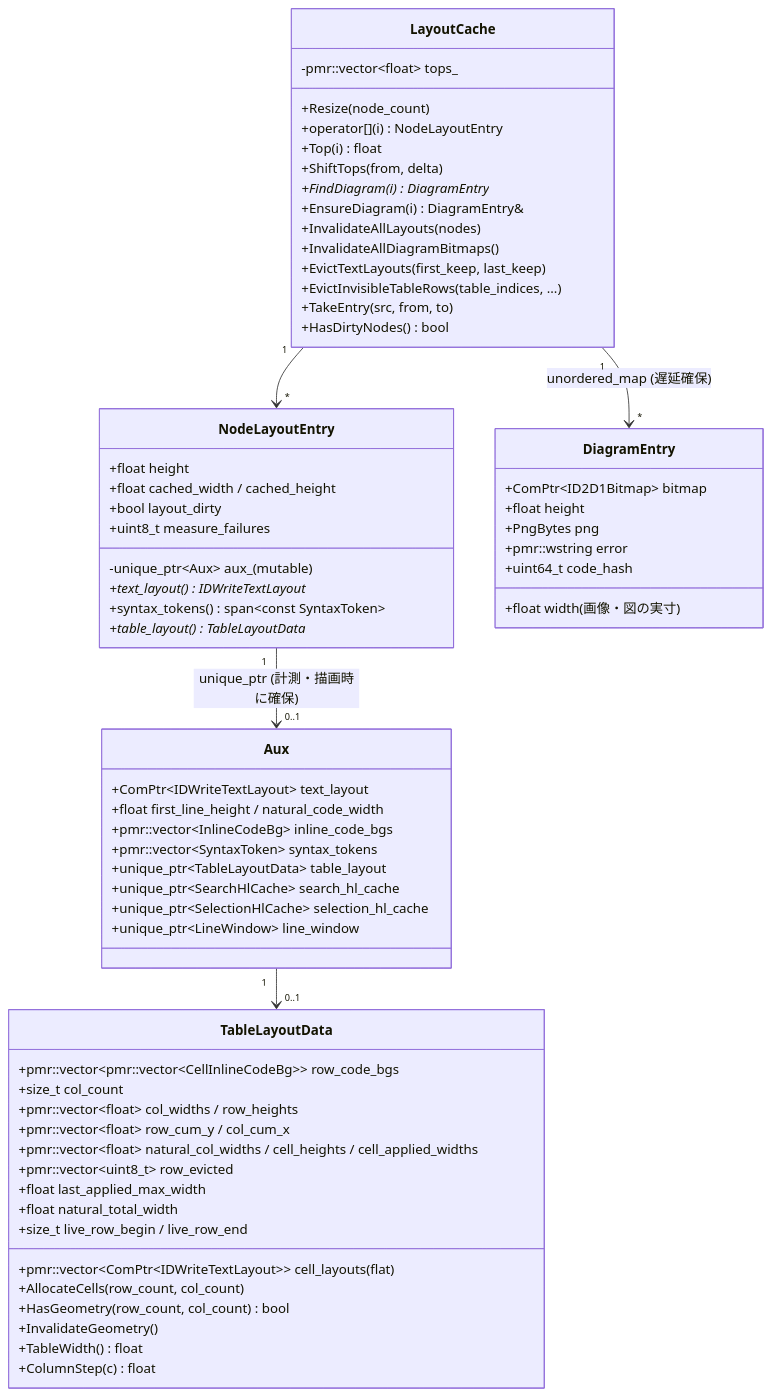
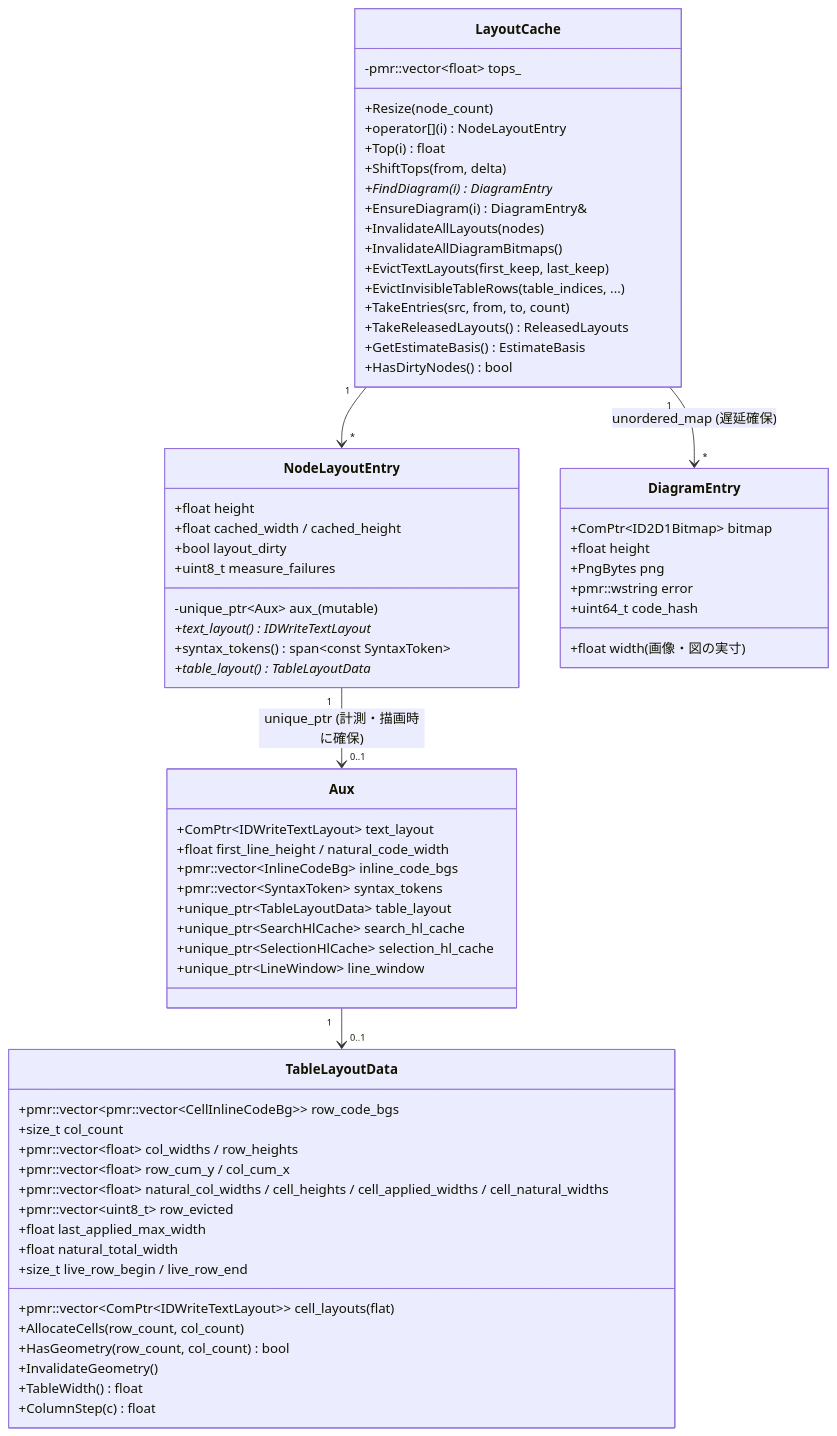
One commit to tanaton/mendo changed diagram 16 of 27 in example/test.md. Above: the diagram before and after it, drawn with Mermaid. The commit also changed other lines of this file and 44 other files, not shown here.

First line of the commit message:
時間で区切る仕事を空き時間で進め、図・表・レイアウト解放の無駄を減らす性能改善

````diff
--- a/example/test.md
+++ b/example/test.md
@@ -2937,72 +2936,74 @@
 ```mermaid
 classDiagram
     class LayoutCache {
         +Resize(node_count)
         +operator[](i) NodeLayoutEntry
         +Top(i) float
         +ShiftTops(from, delta)
         +FindDiagram(i) DiagramEntry*
         +EnsureDiagram(i) DiagramEntry&
         +InvalidateAllLayouts(nodes)
         +InvalidateAllDiagramBitmaps()
         +EvictTextLayouts(first_keep, last_keep)
         +EvictInvisibleTableRows(table_indices, ...)
-        +TakeEntry(src, from, to)
+        +TakeEntries(src, from, to, count)
+        +TakeReleasedLayouts() ReleasedLayouts
+        +GetEstimateBasis() EstimateBasis
         +HasDirtyNodes() bool
         -pmr::vector~float~ tops_
     }
 
     class NodeLayoutEntry {
         +float height
         +float cached_width / cached_height
         +bool layout_dirty
         +uint8_t measure_failures
         -unique_ptr~Aux~ aux_ (mutable)
         +text_layout() IDWriteTextLayout*
         +syntax_tokens() span~const SyntaxToken~
         +table_layout() TableLayoutData*
     }
 
     class Aux {
         +ComPtr~IDWriteTextLayout~ text_layout
         +float first_line_height / natural_code_width
         +pmr::vector~InlineCodeBg~ inline_code_bgs
         +pmr::vector~SyntaxToken~ syntax_tokens
         +unique_ptr~TableLayoutData~ table_layout
         +unique_ptr~SearchHlCache~ search_hl_cache
         +unique_ptr~SelectionHlCache~ selection_hl_cache
         +unique_ptr~LineWindow~ line_window
     }
 
     class TableLayoutData {
         +pmr::vector~ComPtr~IDWriteTextLayout~~ cell_layouts (flat)
         +pmr::vector~pmr::vector~CellInlineCodeBg~~ row_code_bgs
         +size_t col_count
         +pmr::vector~float~ col_widths / row_heights
         +pmr::vector~float~ row_cum_y / col_cum_x
-        +pmr::vector~float~ natural_col_widths / cell_heights / cell_applied_widths
+        +pmr::vector~float~ natural_col_widths / cell_heights / cell_applied_widths / cell_natural_widths
         +pmr::vector~uint8_t~ row_evicted
         +float last_applied_max_width
         +float natural_total_width
         +size_t live_row_begin / live_row_end
         +AllocateCells(row_count, col_count)
         +HasGeometry(row_count, col_count) bool
         +InvalidateGeometry()
         +TableWidth() float
         +ColumnStep(c) float
     }
 
     class DiagramEntry {
         +ComPtr~ID2D1Bitmap~ bitmap
         +float width (画像・図の実寸)
         +float height
         +PngBytes png
         +pmr::wstring error
         +uint64_t code_hash
     }
 
     LayoutCache "1" --> "*" NodeLayoutEntry
     LayoutCache "1" --> "*" DiagramEntry : unordered_map (遅延確保)
     NodeLayoutEntry "1" --> "0..1" Aux : unique_ptr (計測・描画時に確保)
     Aux "1" --> "0..1" TableLayoutData
 ```
````
